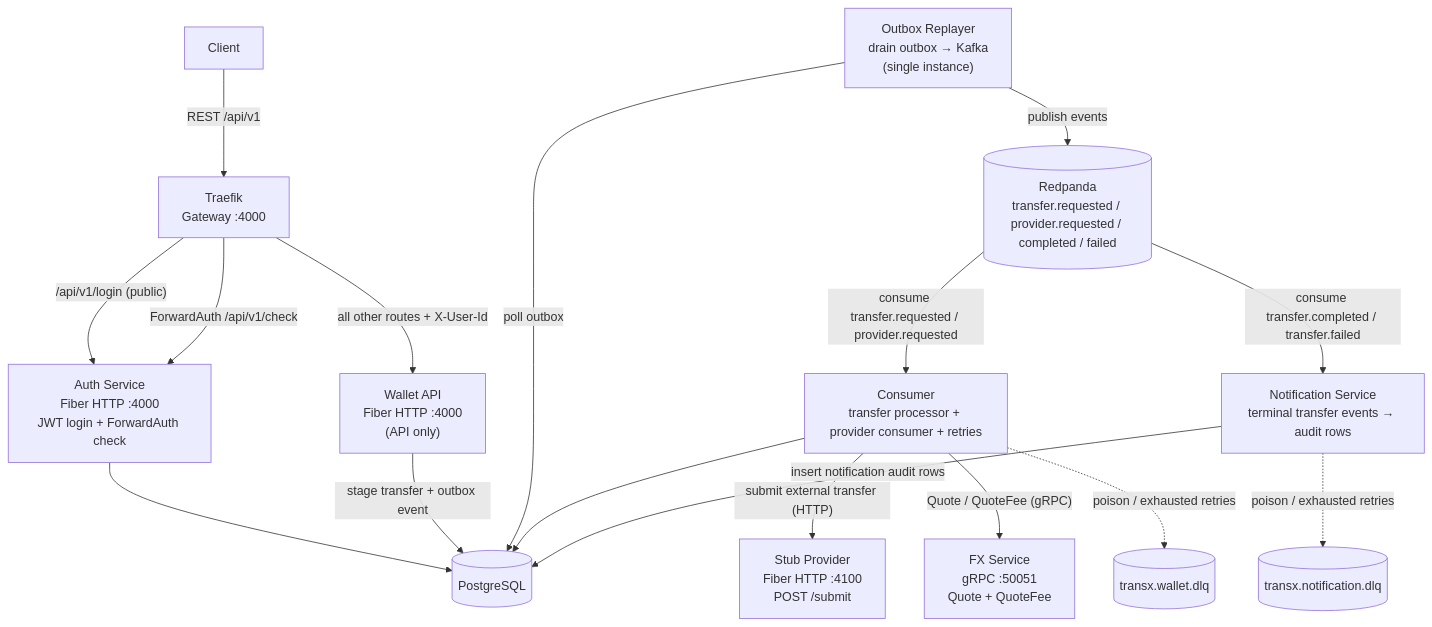
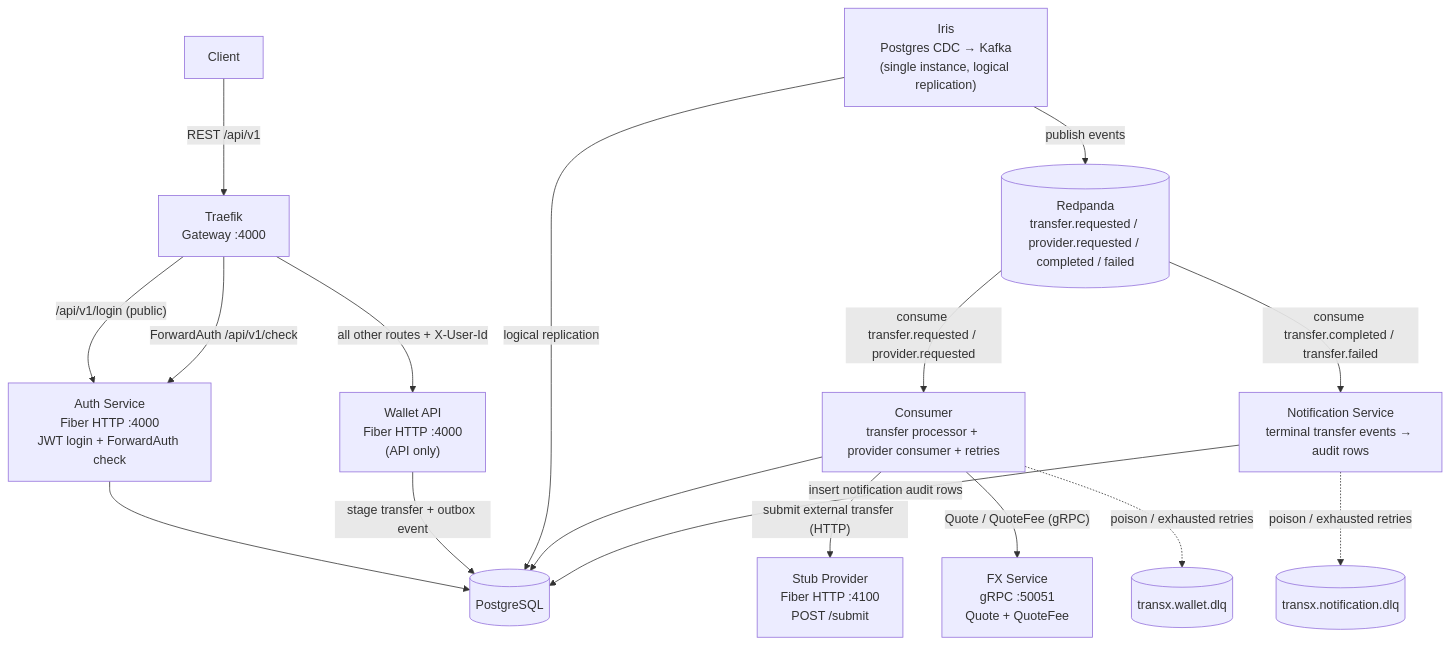
Before and after one commit to Phathdt/transx: the first of 5 diagrams in README.md, drawn with Mermaid. The commit also changed other lines of this file and 23 other files, not shown here.

First line of the commit message:
feat(wallet): replace outbox-replayer with iris CDC pipeline (#10)

````diff
--- a/README.md
+++ b/README.md
@@ -217,34 +213,34 @@
 ```mermaid
 flowchart TD
     FE["Client"]
     TR["Traefik\nGateway :4000"]
     AUTH["Auth Service\nFiber HTTP :4000\nJWT login + ForwardAuth check"]
     WALLET["Wallet API\nFiber HTTP :4000\n(API only)"]
-    REPLAYER["Outbox Replayer\ndrain outbox → Kafka\n(single instance)"]
+    IRIS["Iris\nPostgres CDC → Kafka\n(single instance, logical replication)"]
     CONSUMER["Consumer\ntransfer processor + provider consumer + retries"]
     NOTIF["Notification Service\nterminal transfer events → audit rows"]
     FX["FX Service\ngRPC :50051\nQuote + QuoteFee"]
     PG[("PostgreSQL")]
     RP[("Redpanda\ntransfer.requested / provider.requested / completed / failed")]
     PROV["Stub Provider\nFiber HTTP :4100\nPOST /submit"]
     DLQ[("transx.wallet.dlq")]
     NDLQ[("transx.notification.dlq")]
 
     FE -->|"REST /api/v1"| TR
     TR -->|"/api/v1/login (public)"| AUTH
     TR -->|"ForwardAuth /api/v1/check"| AUTH
     TR -->|"all other routes + X-User-Id"| WALLET
 
     AUTH --> PG
     WALLET -->|"stage transfer + outbox event"| PG
-    REPLAYER -->|"poll outbox"| PG
-    REPLAYER -->|"publish events"| RP
+    IRIS -->|"logical replication"| PG
+    IRIS -->|"publish events"| RP
     RP -->|"consume transfer.requested / provider.requested"| CONSUMER
     RP -->|"consume transfer.completed / transfer.failed"| NOTIF
     CONSUMER --> PG
     NOTIF -->|"insert notification audit rows"| PG
     CONSUMER -->|"submit external transfer (HTTP)"| PROV
     CONSUMER -->|"Quote / QuoteFee (gRPC)"| FX
     CONSUMER -.->|"poison / exhausted retries"| DLQ
     NOTIF -.->|"poison / exhausted retries"| NDLQ
 ```
````
